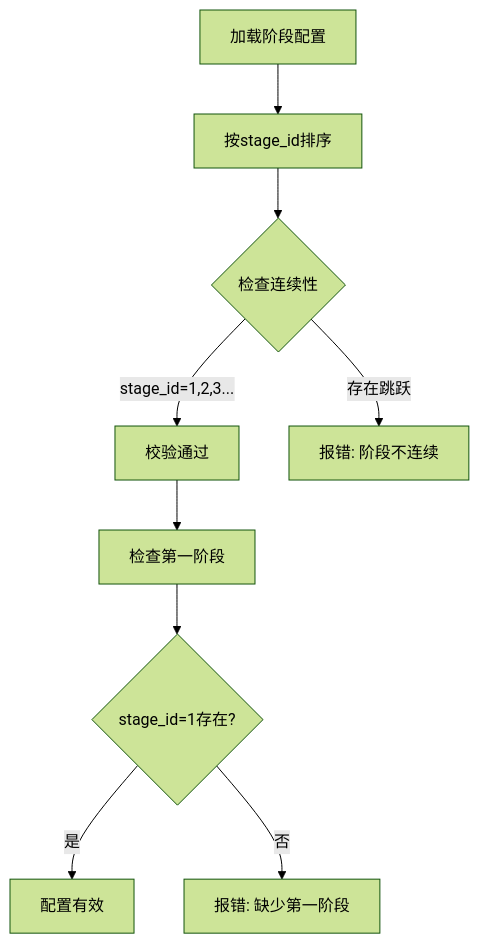
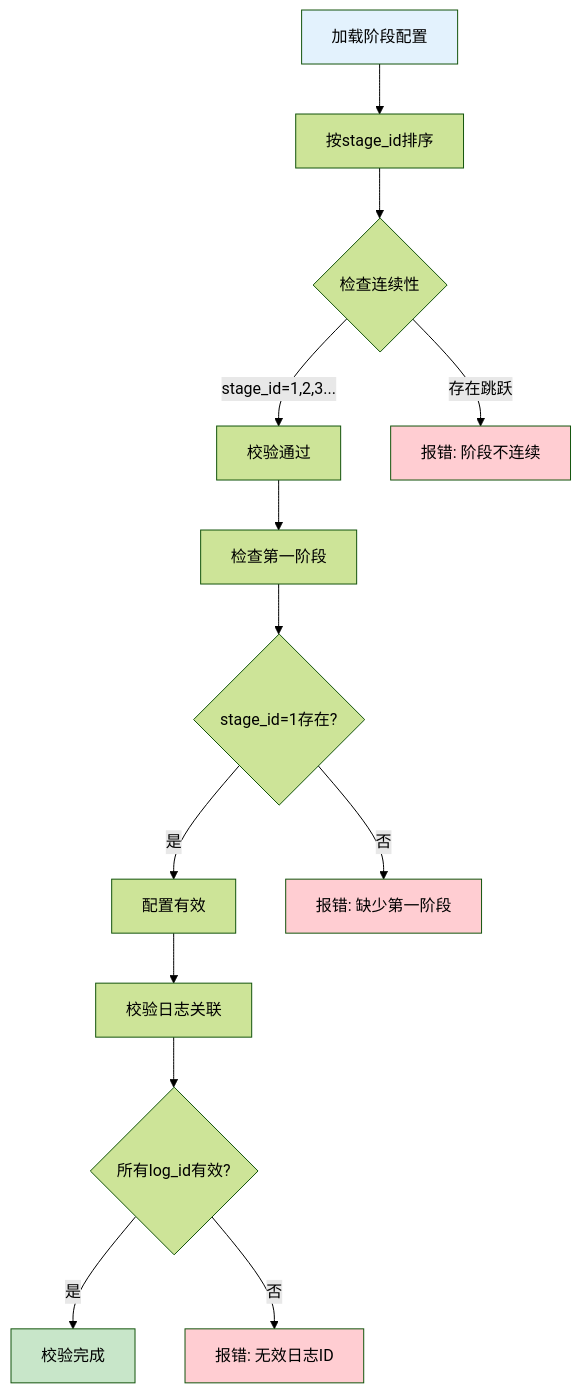
Before and after one commit to Alan-Ben/k2c_game_framework: the ninth of 13 diagrams in docs/Module_Mars/01_数据配表.md, drawn with Mermaid (forest theme). The commit also changed other lines of this file and 1 other file, not shown here.

````diff
--- a/docs/Module_Mars/01_数据配表.md
+++ b/docs/Module_Mars/01_数据配表.md
@@ -519,11 +902,21 @@
 ```mermaid
 flowchart TD
     A[加载阶段配置] --> B[按stage_id排序]
     B --> C{检查连续性}
     C -->|stage_id=1,2,3...| D[校验通过]
     C -->|存在跳跃| E[报错: 阶段不连续]
     D --> F[检查第一阶段]
     F --> G{stage_id=1存在?}
     G -->|是| H[配置有效]
     G -->|否| I[报错: 缺少第一阶段]
+    H --> J[校验日志关联]
+    J --> K{所有log_id有效?}
+    K -->|是| L[校验完成]
+    K -->|否| M[报错: 无效日志ID]
+
+    style A fill:#e3f2fd
+    style L fill:#c8e6c9
+    style E fill:#ffcdd2
+    style I fill:#ffcdd2
+    style M fill:#ffcdd2
 ```
````
